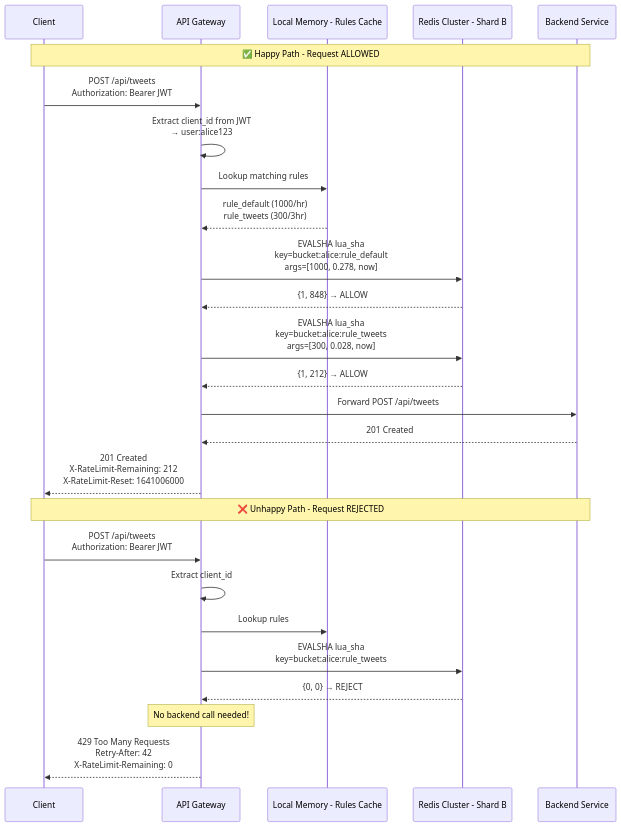
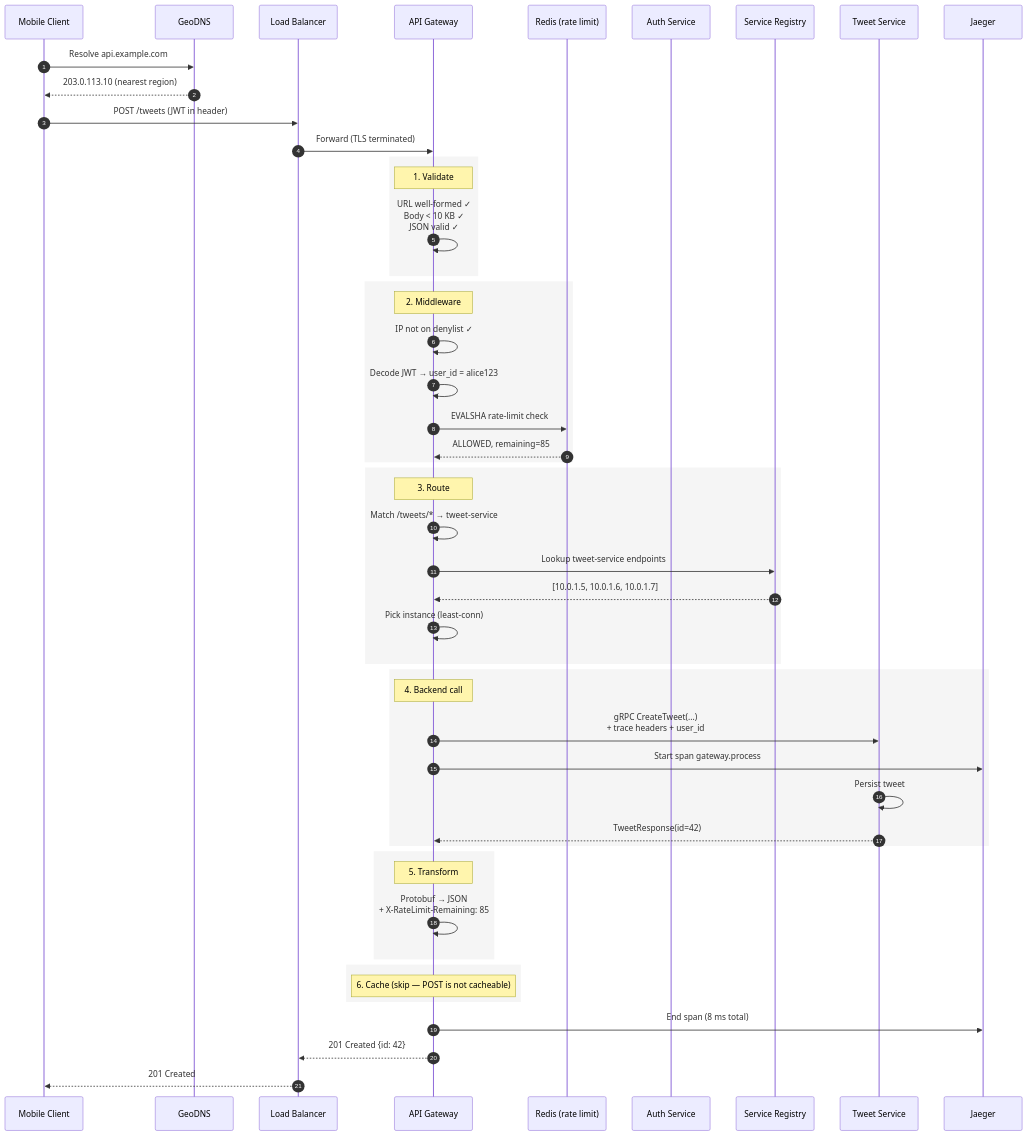
Before and after one commit to vipi-n/swe-101: the fifth of 6 diagrams in hld/rate_limitter.md, drawn with Mermaid. The commit also changed other lines of this file, not shown here.

````diff
--- a/hld/rate_limitter.md
+++ b/hld/rate_limitter.md
@@ -2135,30 +1049,60 @@
 ```mermaid
 sequenceDiagram
-    participant Client
+    autonumber
+    participant C as Mobile Client
+    participant DNS as GeoDNS
+    participant LB as Load Balancer
     participant GW as API Gateway
-    participant Mem as Local Memory - Rules Cache
-    participant Redis as Redis Cluster - Shard B
-    participant Backend as Backend Service
+    participant Redis as Redis (rate limit)
+    participant Auth as Auth Service
+    participant Reg as Service Registry
+    participant TS as Tweet Service
+    participant Trace as Jaeger
 
-    Note over Client, Backend: ✅ Happy Path - Request ALLOWED
-    Client->>GW: POST /api/tweets<br/>Authorization: Bearer JWT
-    GW->>GW: Extract client_id from JWT<br/>→ user:alice123
-    GW->>Mem: Lookup matching rules
-    Mem-->>GW: rule_default (1000/hr)<br/>rule_tweets (300/3hr)
-    GW->>Redis: EVALSHA lua_sha<br/>key=bucket:alice:rule_default<br/>args=[1000, 0.278, now]
-    Redis-->>GW: {1, 848} → ALLOW
-    GW->>Redis: EVALSHA lua_sha<br/>key=bucket:alice:rule_tweets<br/>args=[300, 0.028, now]
-    Redis-->>GW: {1, 212} → ALLOW
-    GW->>Backend: Forward POST /api/tweets
-    Backend-->>GW: 201 Created
-    GW-->>Client: 201 Created<br/>X-RateLimit-Remaining: 212<br/>X-RateLimit-Reset: 1641006000
+    C->>DNS: Resolve api.example.com
+    DNS-->>C: 203.0.113.10 (nearest region)
+    C->>LB: POST /tweets (JWT in header)
+    LB->>GW: Forward (TLS terminated)
 
-    Note over Client, Backend: ❌ Unhappy Path - Request REJECTED
-    Client->>GW: POST /api/tweets<br/>Authorization: Bearer JWT
-    GW->>GW: Extract client_id
-    GW->>Mem: Lookup rules
-    GW->>Redis: EVALSHA lua_sha<br/>key=bucket:alice:rule_tweets
-    Redis-->>GW: {0, 0} → REJECT
-    Note over GW: No backend call needed!
-    GW-->>Client: 429 Too Many Requests<br/>Retry-After: 42<br/>X-RateLimit-Remaining: 0
+    rect rgb(245, 245, 245)
+    Note over GW: 1. Validate
+    GW->>GW: URL well-formed ✓<br/>Body < 10 KB ✓<br/>JSON valid ✓
+    end
+
+    rect rgb(245, 245, 245)
+    Note over GW: 2. Middleware
+    GW->>GW: IP not on denylist ✓
+    GW->>GW: Decode JWT → user_id = alice123
+    GW->>Redis: EVALSHA rate-limit check
+    Redis-->>GW: ALLOWED, remaining=85
+    end
+
+    rect rgb(245, 245, 245)
+    Note over GW: 3. Route
+    GW->>GW: Match /tweets/* → tweet-service
+    GW->>Reg: Lookup tweet-service endpoints
+    Reg-->>GW: [10.0.1.5, 10.0.1.6, 10.0.1.7]
+    GW->>GW: Pick instance (least-conn)
+    end
+
+    rect rgb(245, 245, 245)
+    Note over GW: 4. Backend call
+    GW->>TS: gRPC CreateTweet(...)<br/>+ trace headers + user_id
+    GW->>Trace: Start span gateway.process
+    TS->>TS: Persist tweet
+    TS-->>GW: TweetResponse(id=42)
+    end
+
+    rect rgb(245, 245, 245)
+    Note over GW: 5. Transform
+    GW->>GW: Protobuf → JSON<br/>+ X-RateLimit-Remaining: 85
+    end
+
+    rect rgb(245, 245, 245)
+    Note over GW: 6. Cache (skip — POST is not cacheable)
+    end
+
+    GW->>Trace: End span (8 ms total)
+    GW-->>LB: 201 Created {id: 42}
+    LB-->>C: 201 Created
 ```
````
